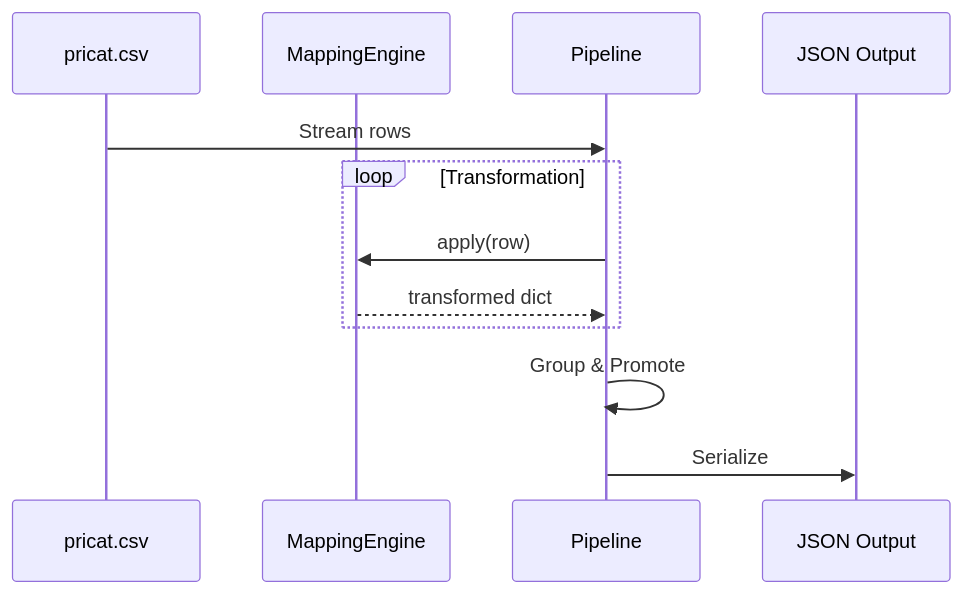
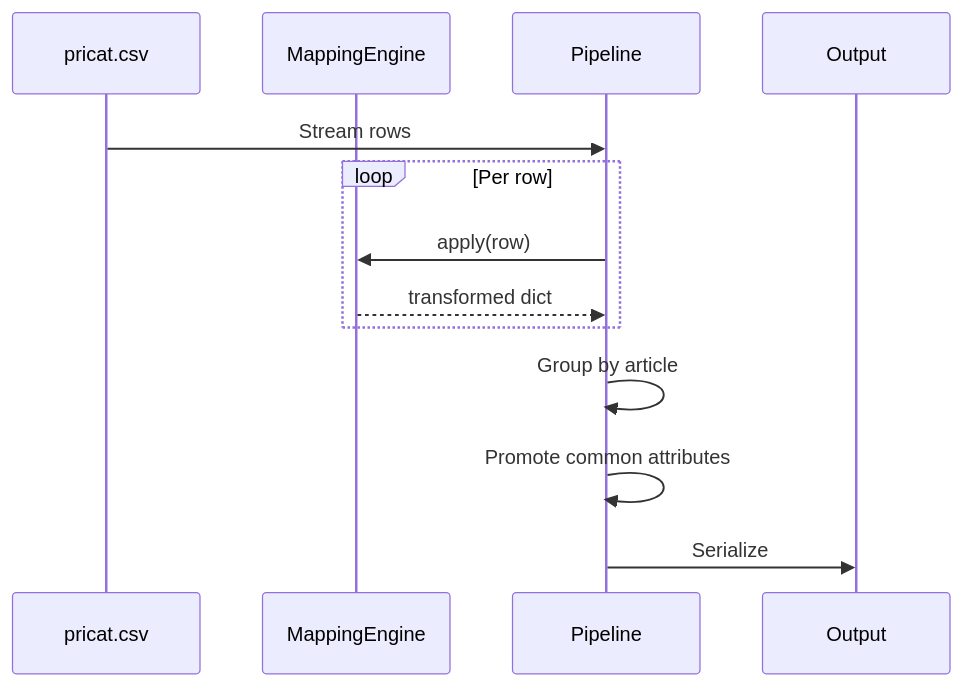
One commit to rezamobaraki/catalog-pipeline changed the first of 2 diagrams in docs/ARCHITECTURE.md. Above: the diagram before and after it, drawn with Mermaid. The commit also changed other lines of this file and 2 other files, not shown here.

Commit message:
refine architecture documentation and update project descriptions

````diff
--- a/docs/ARCHITECTURE.md
+++ b/docs/ARCHITECTURE.md
@@ -56,15 +9,16 @@
 ```mermaid
 sequenceDiagram
     participant CSV as pricat.csv
     participant Map as MappingEngine
     participant Pipe as Pipeline
-    participant JSON as JSON Output
+    participant JSON as Output
 
     CSV->>Pipe: Stream rows
-    loop Transformation
+    loop Per row
         Pipe->>Map: apply(row)
         Map-->>Pipe: transformed dict
     end
-    Pipe->>Pipe: Group & Promote
+    Pipe->>Pipe: Group by article
+    Pipe->>Pipe: Promote common attributes
     Pipe->>JSON: Serialize
 ```
````
